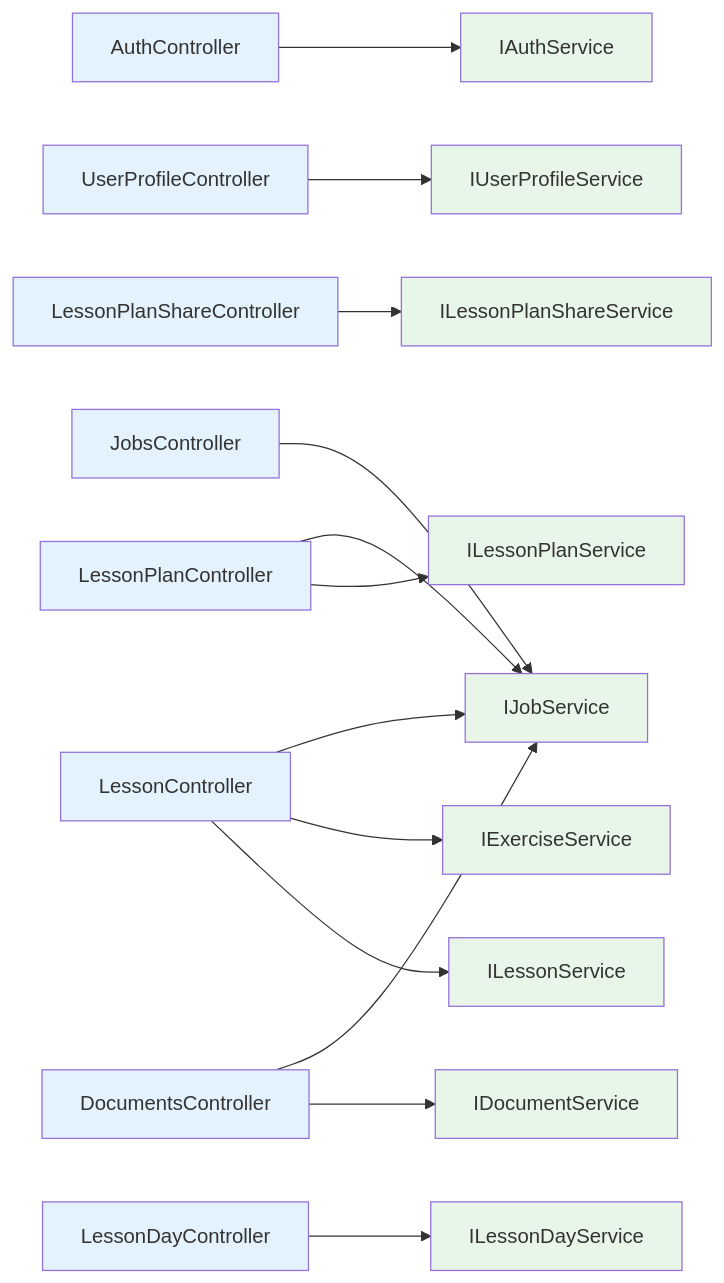
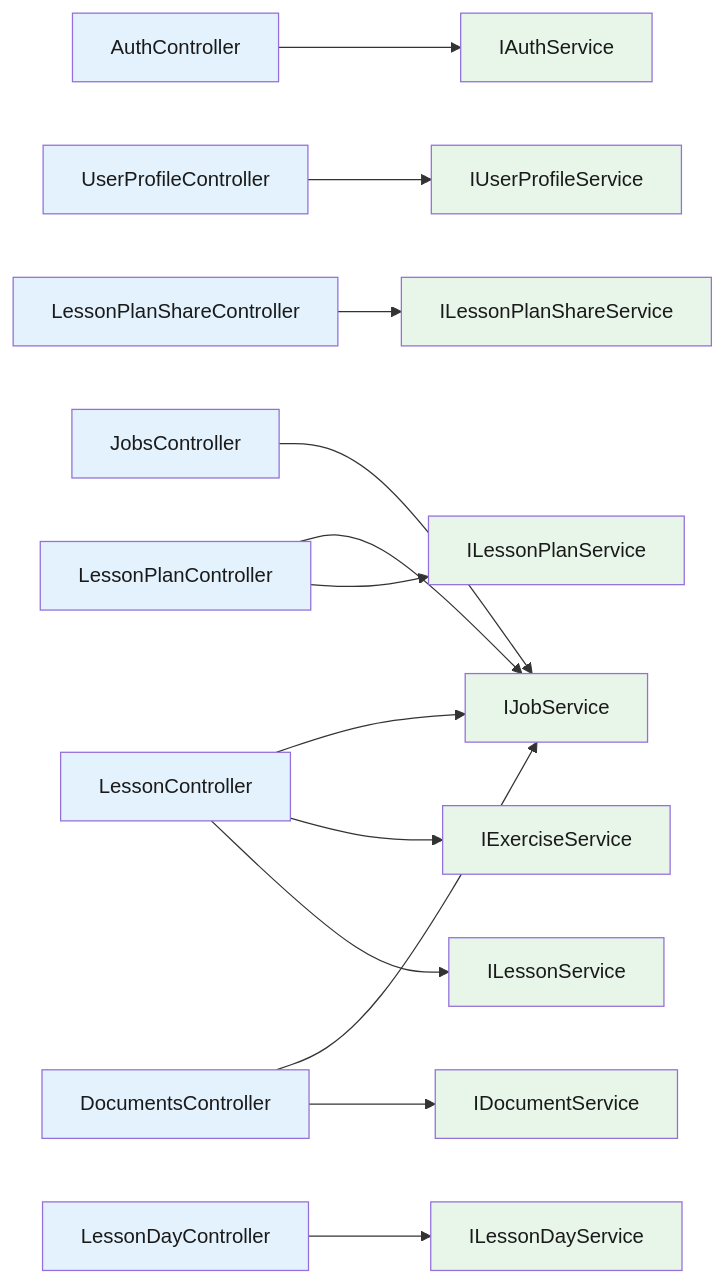
One commit to Dockdep/LessonHub changed the first of 2 diagrams in diagrams/backend/05-api-controllers.md. Above: the diagram before and after it, drawn with Mermaid. The commit also changed 26 other files, not shown here.

````diff
--- a/diagrams/backend/05-api-controllers.md
+++ b/diagrams/backend/05-api-controllers.md
@@ -36,38 +36,38 @@
 ```mermaid
 flowchart LR
-  classDef ctrl fill:#e3f2fd
-  classDef svc fill:#e8f5e9
+  classDef ctrl fill:#e3f2fd,color:#1a1a1a
+  classDef svc fill:#e8f5e9,color:#1a1a1a
 
   ac[AuthController]:::ctrl
   upc[UserProfileController]:::ctrl
   lpc[LessonPlanController]:::ctrl
   lpsc[LessonPlanShareController]:::ctrl
   ldc[LessonDayController]:::ctrl
   lc[LessonController]:::ctrl
   dc[DocumentsController]:::ctrl
 
   asv[IAuthService]:::svc
   upsv[IUserProfileService]:::svc
   lpsv[ILessonPlanService]:::svc
   lpssv[ILessonPlanShareService]:::svc
   ldsv[ILessonDayService]:::svc
   lsv[ILessonService]:::svc
   esv[IExerciseService]:::svc
   dsv[IDocumentService]:::svc
   jsv[IJobService]:::svc
 
   jc[JobsController]:::ctrl
 
   ac --> asv
   upc --> upsv
   lpc --> lpsv
   lpc --> jsv
   lpsc --> lpssv
   ldc --> ldsv
   lc --> lsv
   lc --> esv
   lc --> jsv
   dc --> dsv
   dc --> jsv
   jc --> jsv
 ```
````
